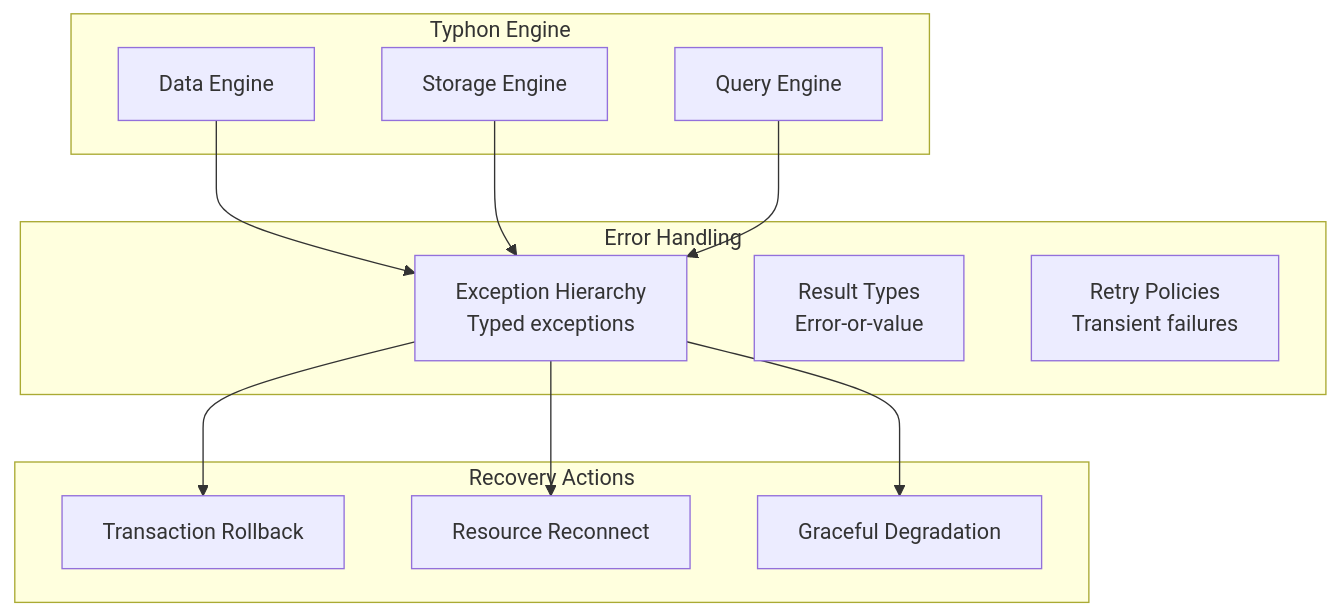
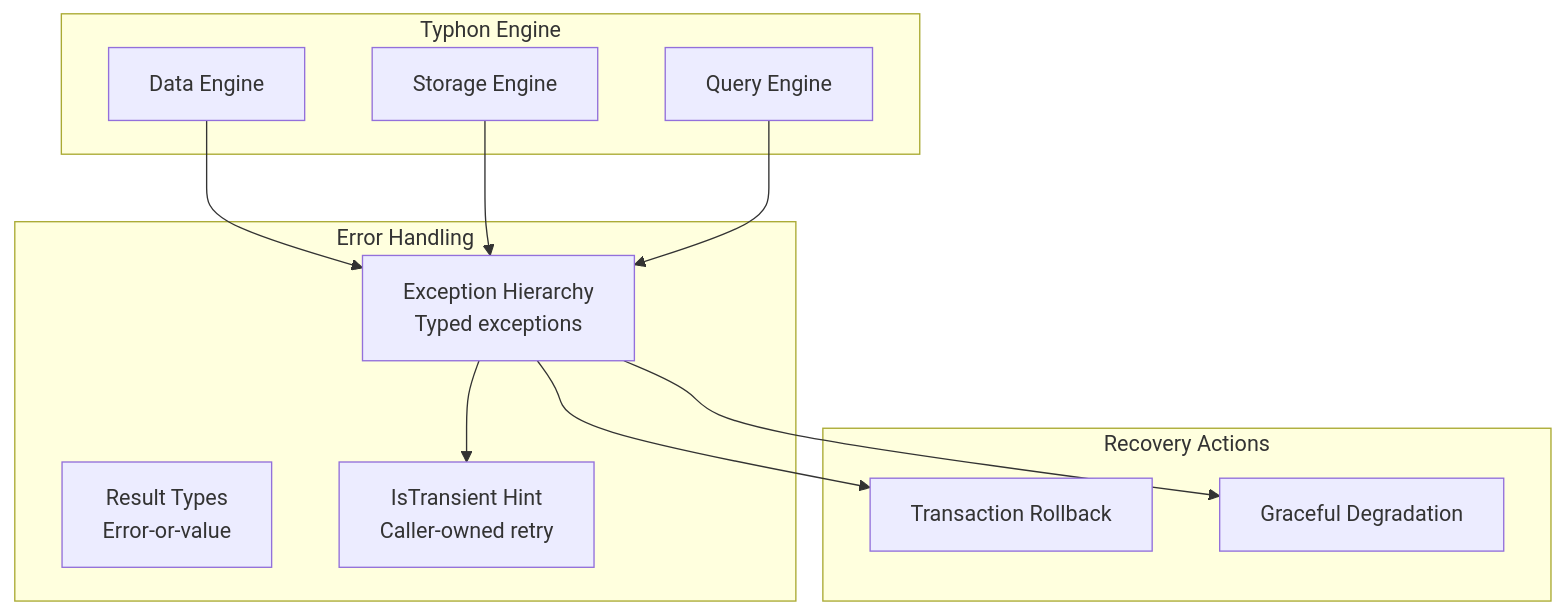
One commit to nockawa/Typhon changed the diagram in claude/overview/10-errors.md. Above: the diagram before and after it, drawn with Mermaid. The commit also changed other lines of this file and 11 other files, not shown here.

````diff
--- a/claude/overview/10-errors.md
+++ b/claude/overview/10-errors.md
@@ -11,27 +11,26 @@
 ```mermaid
 flowchart TB
     subgraph Typhon["Typhon Engine"]
         DATA[Data Engine]
         STORAGE[Storage Engine]
         QUERY[Query Engine]
     end
 
     subgraph ErrorHandling["Error Handling"]
         EXCEPT[Exception Hierarchy<br/>Typed exceptions]
         RESULT[Result Types<br/>Error-or-value]
-        RETRY[Retry Policies<br/>Transient failures]
+        HINT[IsTransient Hint<br/>Caller-owned retry]
     end
 
     subgraph Recovery["Recovery Actions"]
         ROLLBACK[Transaction Rollback]
-        RECONNECT[Resource Reconnect]
-        FAILOVER[Graceful Degradation]
+        DEGRADE[Graceful Degradation]
     end
 
     DATA --> EXCEPT
     STORAGE --> EXCEPT
     QUERY --> EXCEPT
+    EXCEPT --> HINT
     EXCEPT --> ROLLBACK
-    EXCEPT --> RECONNECT
-    EXCEPT --> FAILOVER
+    EXCEPT --> DEGRADE
 ```
````
